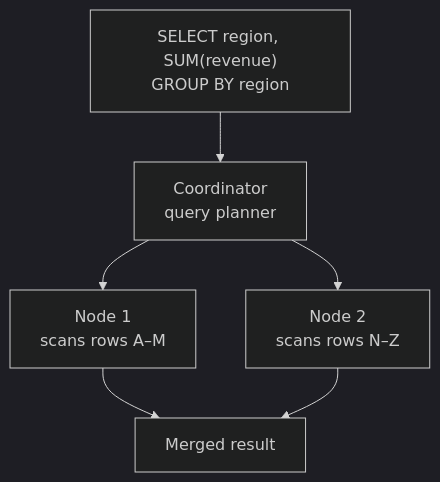
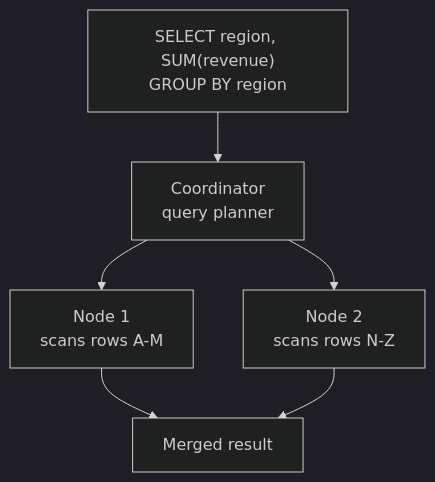
Diagram 21 of 23 in data-architecture/data-warehouse.md (adnanrahin/adnanrahin.github.io), drawn with Mermaid (dark theme) before and after one commit. The commit also changed other lines of this file and 14 other files, not shown here.

Commit message:
updated the flowchart

````diff
--- a/data-architecture/data-warehouse.md
+++ b/data-architecture/data-warehouse.md
@@ -898,14 +898,14 @@
 ```mermaid
 flowchart TD
     QUERY["SELECT region, SUM(revenue)<br/>GROUP BY region"]
     COORD["Coordinator<br/>query planner"]
-    N1["Node 1<br/>scans rows A–M"]
-    N2["Node 2<br/>scans rows N–Z"]
+    N1["Node 1<br/>scans rows A-M"]
+    N2["Node 2<br/>scans rows N-Z"]
     RESULT["Merged result"]
 
     QUERY --> COORD
     COORD --> N1
     COORD --> N2
     N1 --> RESULT
     N2 --> RESULT
 ```
````
